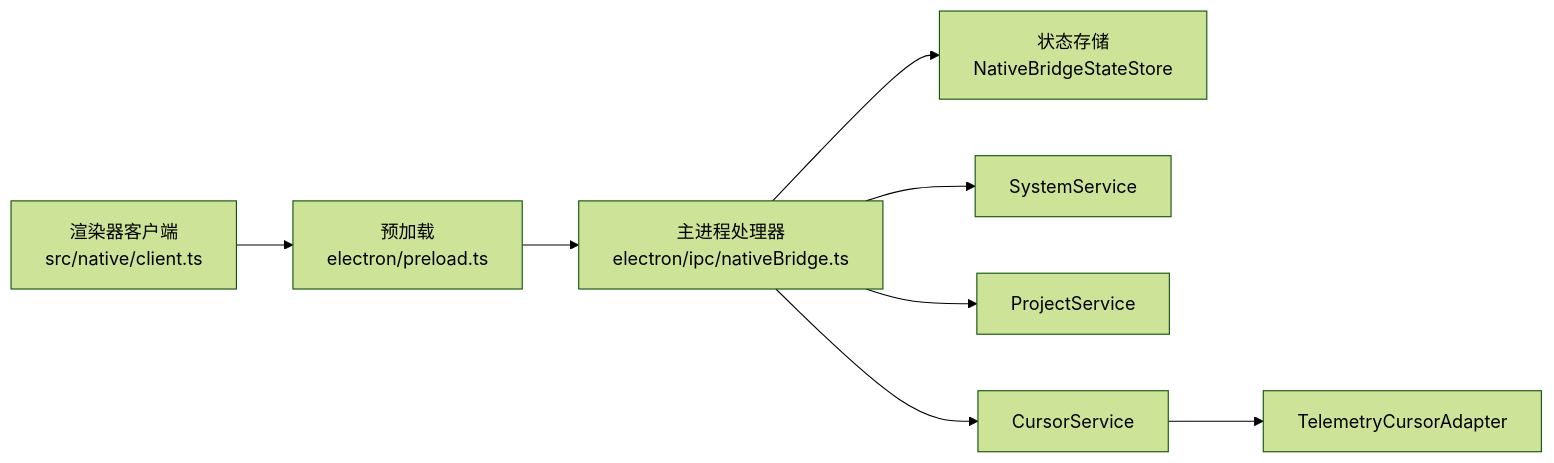
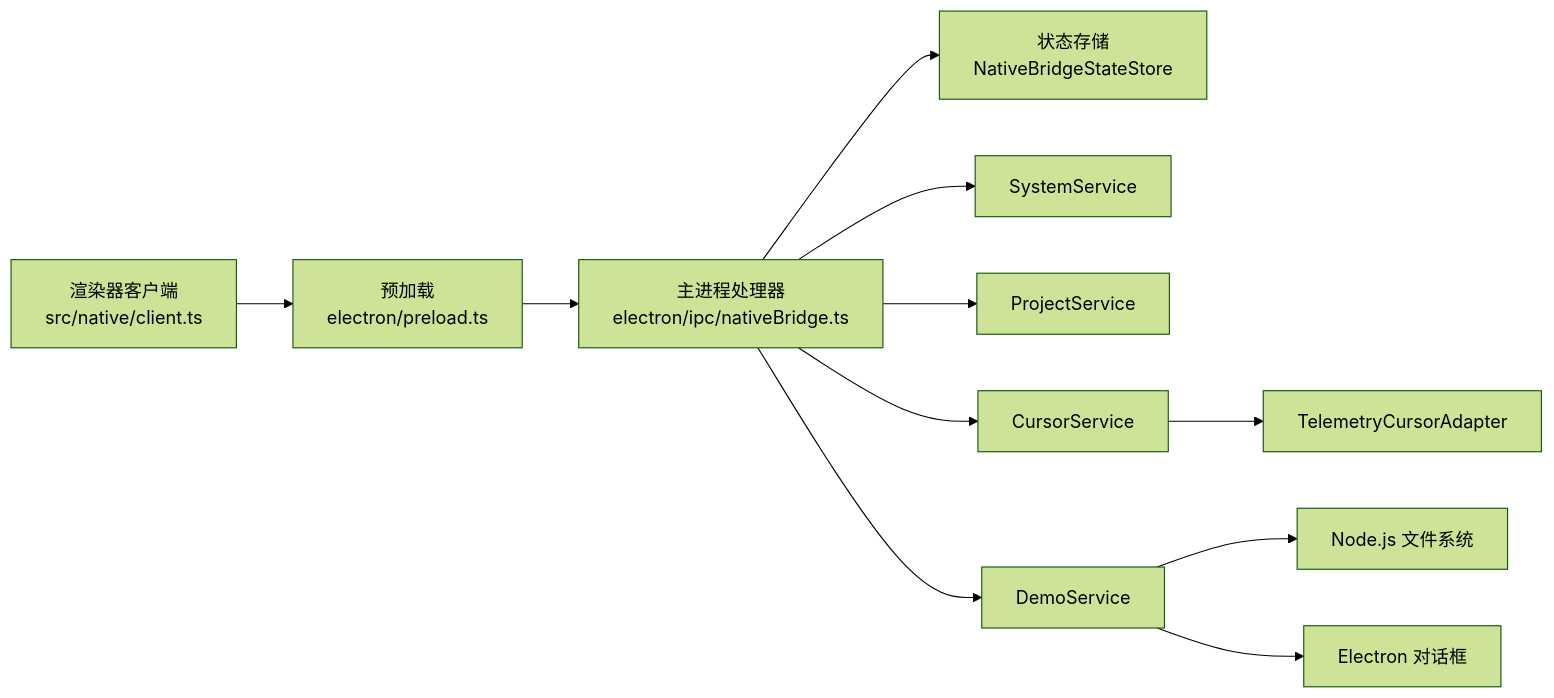
The ninth of 9 diagrams in .qoder/repowiki/zh/content/原生桥接系统/原生桥接系统.md (zhanggmin/openscreen), drawn with Mermaid (forest theme) before and after one commit. The commit also changed other lines of this file and 87 other files, not shown here.

````diff
--- a/.qoder/repowiki/zh/content/原生桥接系统/原生桥接系统.md
+++ b/.qoder/repowiki/zh/content/原生桥接系统/原生桥接系统.md
@@ -307,10 +404,13 @@
 ```mermaid
 graph LR
 RC["渲染器客户端<br/>src/native/client.ts"] --> PL["预加载<br/>electron/preload.ts"]
 PL --> IPC["主进程处理器<br/>electron/ipc/nativeBridge.ts"]
 IPC --> STORE["状态存储<br/>NativeBridgeStateStore"]
 IPC --> SYS["SystemService"]
 IPC --> PROJ["ProjectService"]
 IPC --> CUR["CursorService"]
+IPC --> DEMO["DemoService"]
 CUR --> ADP["TelemetryCursorAdapter"]
+DEMO --> FS["Node.js 文件系统"]
+DEMO --> DIALOG["Electron 对话框"]
 ```
````
